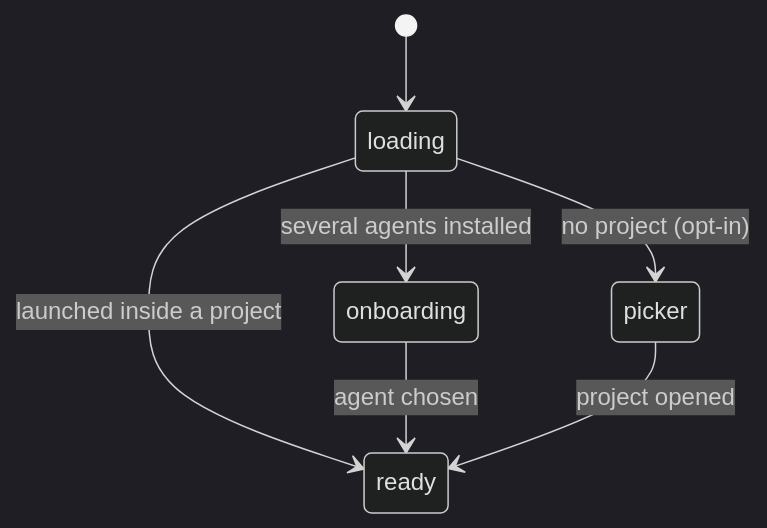
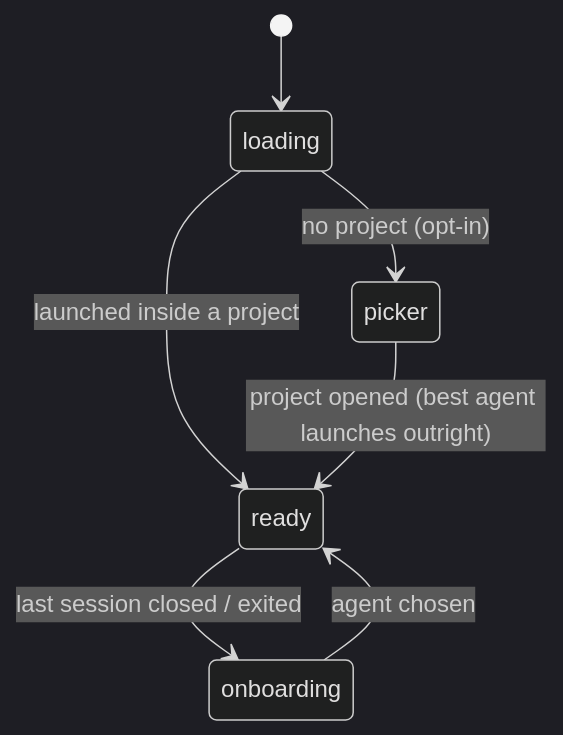
One commit to avi12/pade changed the second of 6 diagrams in ARCHITECTURE.md. Above: the diagram before and after it, drawn with Mermaid (dark theme). The commit also changed other lines of this file and 1 other file, not shown here.

First line of the commit message:
feat(app): open a project straight into the workspace

````diff
--- a/ARCHITECTURE.md
+++ b/ARCHITECTURE.md
@@ -52,9 +52,9 @@
 ```mermaid
 stateDiagram-v2
   [*] --> loading
   loading --> ready: launched inside a project
-  loading --> onboarding: several agents installed
   loading --> picker: no project (opt-in)
+  picker --> ready: project opened (best agent launches outright)
+  ready --> onboarding: last session closed / exited
   onboarding --> ready: agent chosen
-  picker --> ready: project opened
 ```
````
